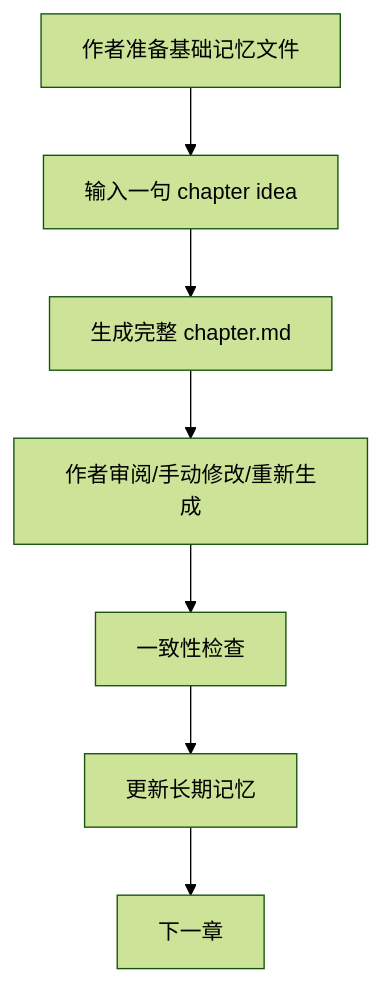
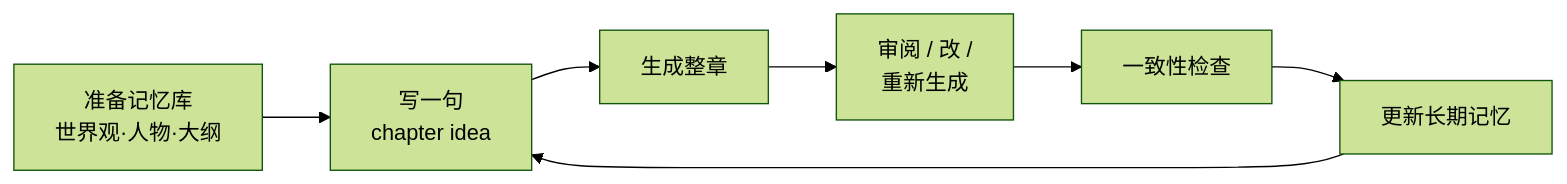
The diagram in README.md (DuckTraDo/Novel), drawn with Mermaid (forest theme) before and after one commit. The commit also changed other lines of this file and 36 other files, not shown here.

````diff
--- a/README.md
+++ b/README.md
@@ -22,9 +100,9 @@
 ```mermaid
-flowchart TD
-    A["作者准备基础记忆文件"] --> B["输入一句 chapter idea"]
-    B --> C["生成完整 chapter.md"]
-    C --> D["作者审阅/手动修改/重新生成"]
+flowchart LR
+    A["准备记忆库<br/>世界观·人物·大纲"] --> B["写一句<br/>chapter idea"]
+    B --> C["生成整章"]
+    C --> D["审阅 / 改 /<br/>重新生成"]
     D --> E["一致性检查"]
     E --> F["更新长期记忆"]
-    F --> G["下一章"]
+    F --> B
 ```
````
